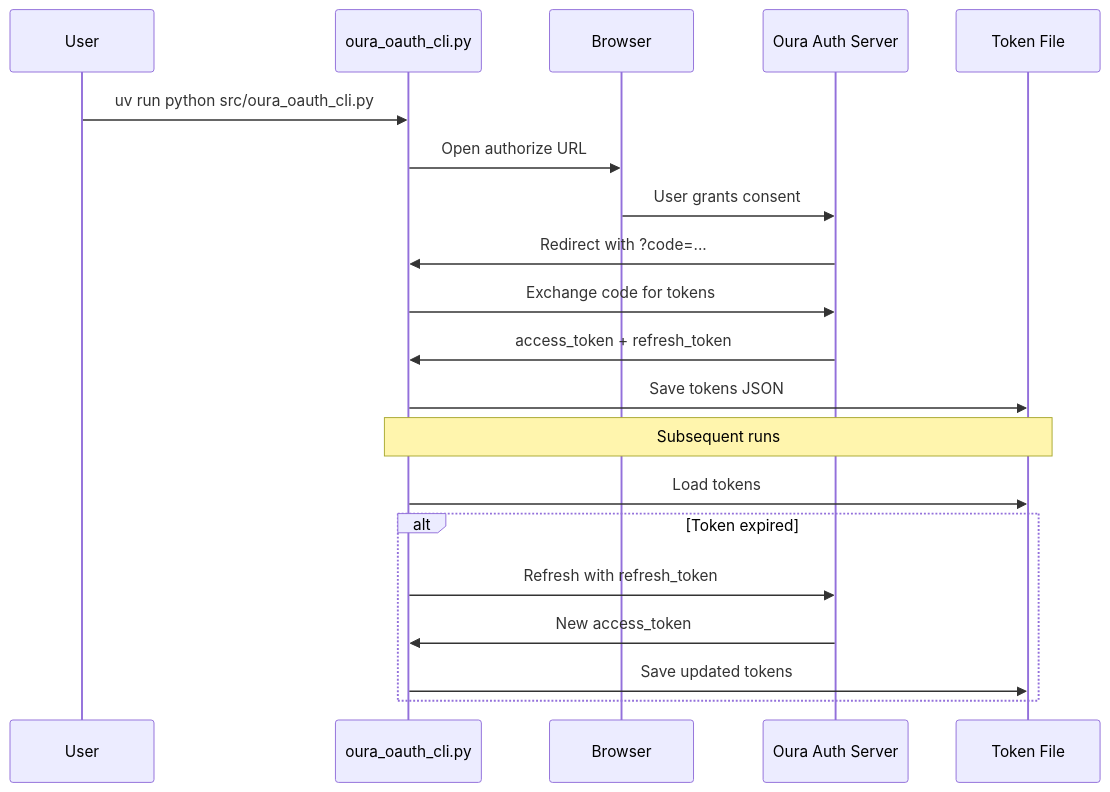
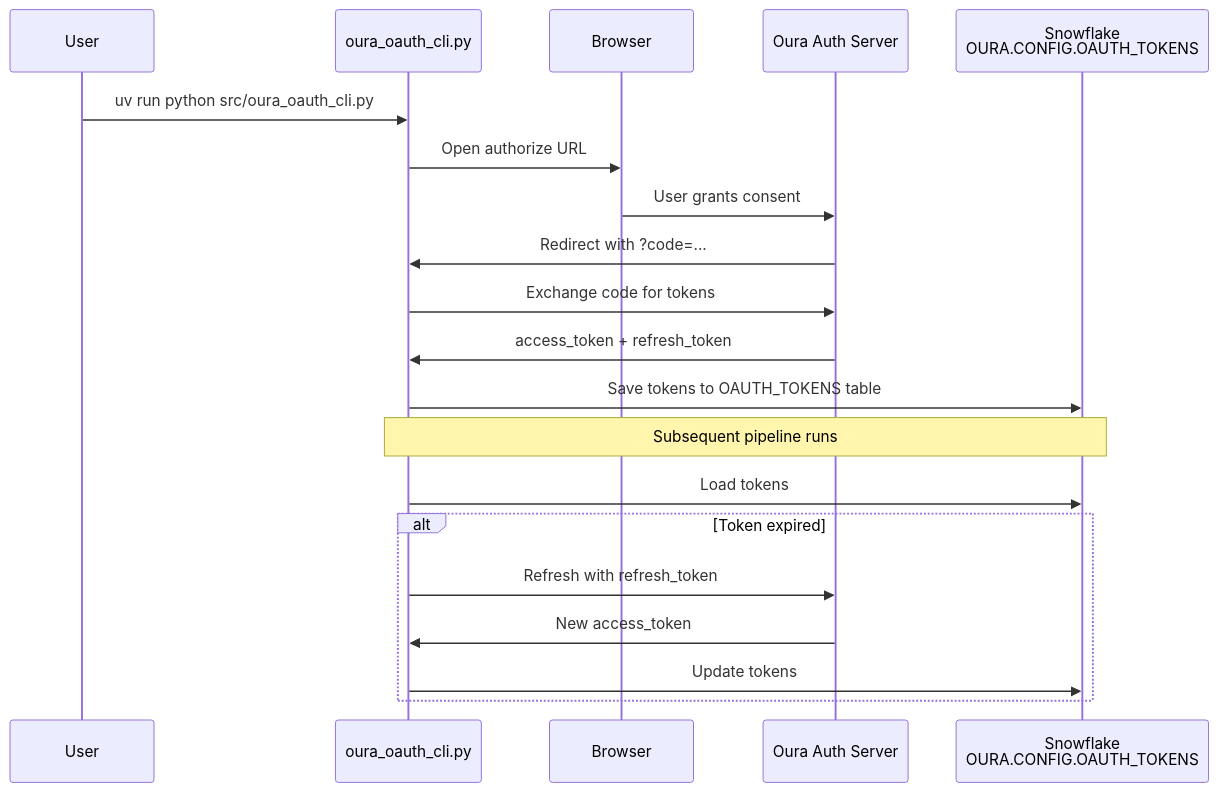
The fourth of 4 diagrams in README.md (cdcoonce/Oura-Pipeline), drawn with Mermaid before and after one commit. The commit also changed other lines of this file, not shown here.

First line of the commit message:
docs: update README to reflect Snowflake migration

````diff
--- a/README.md
+++ b/README.md
@@ -133,24 +163,24 @@
 ```mermaid
 sequenceDiagram
     participant User
     participant CLI as oura_oauth_cli.py
     participant Browser
     participant Oura as Oura Auth Server
-    participant Disk as Token File
+    participant SF as Snowflake<br/>OURA.CONFIG.OAUTH_TOKENS
 
     User->>CLI: uv run python src/oura_oauth_cli.py
     CLI->>Browser: Open authorize URL
     Browser->>Oura: User grants consent
     Oura->>CLI: Redirect with ?code=...
     CLI->>Oura: Exchange code for tokens
     Oura->>CLI: access_token + refresh_token
-    CLI->>Disk: Save tokens JSON
+    CLI->>SF: Save tokens to OAUTH_TOKENS table
 
-    Note over CLI,Disk: Subsequent runs
-    CLI->>Disk: Load tokens
+    Note over CLI,SF: Subsequent pipeline runs
+    CLI->>SF: Load tokens
     alt Token expired
         CLI->>Oura: Refresh with refresh_token
         Oura->>CLI: New access_token
-        CLI->>Disk: Save updated tokens
+        CLI->>SF: Update tokens
     end
 ```
````
